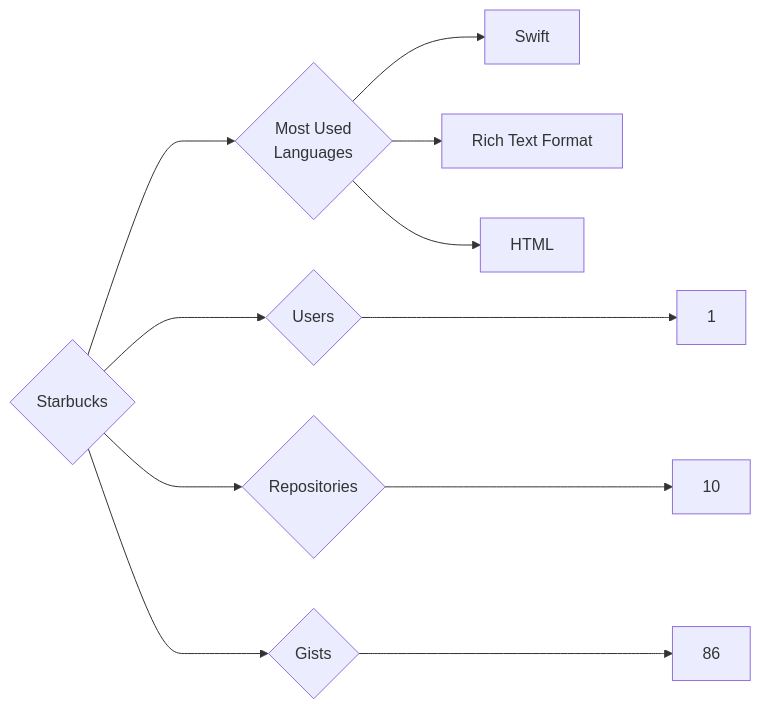
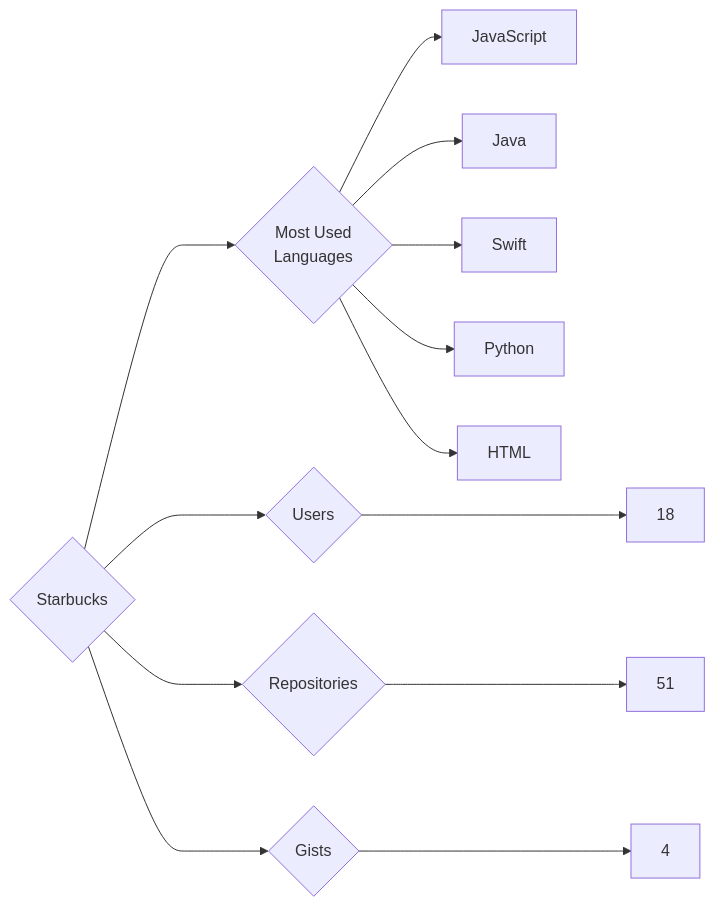
The diagram in targets/Starbucks/README.md (trickest/insiders), drawn with Mermaid before and after one commit. The commit also changed 995 other files, not shown here.

````diff
--- a/targets/Starbucks/README.md
+++ b/targets/Starbucks/README.md
@@ -3,11 +3,13 @@
 ```mermaid
 graph LR
 COMPANY_NAME{Starbucks}
-COMPANY_NAME ---> U{Users} ---> UN[1]
-COMPANY_NAME ---> R{Repositories} ---> RN[10]
-COMPANY_NAME ---> G{Gists} ---> GN[86]
+COMPANY_NAME ---> U{Users} ---> UN[18]
+COMPANY_NAME ---> R{Repositories} ---> RN[51]
+COMPANY_NAME ---> G{Gists} ---> GN[4]
 COMPANY_NAME ---> ML{Most Used<br>Languages}
+ML --> JavaScript[JavaScript]
+ML --> Java[Java]
 ML --> Swift[Swift]
-ML --> Rich_Text_Format[Rich Text Format]
+ML --> Python[Python]
 ML --> HTML[HTML]
 ```
````
